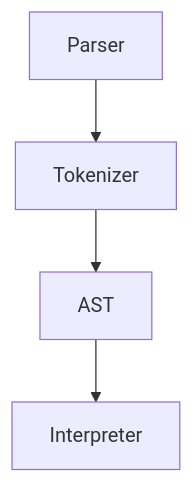
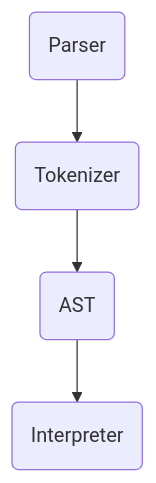
One commit to fordaj/barnacle changed the second of 7 diagrams in README.md. Above: the diagram before and after it, drawn with Mermaid. The commit also changed other lines of this file and 2107 other files, not shown here.

First line of the commit message:
Diagram conventions: corner glyphs, file-kind classes, hexagon decisions (#6)

````diff
--- a/README.md
+++ b/README.md
@@ -154,6 +163,6 @@
 ```mermaid
 flowchart TD
-    A[Parser] --> B[Tokenizer]
-    B --> C[AST]
-    C --> D[Interpreter]
+    A(Parser) --> B(Tokenizer)
+    B --> C(AST)
+    C --> D(Interpreter)
 ```
````
